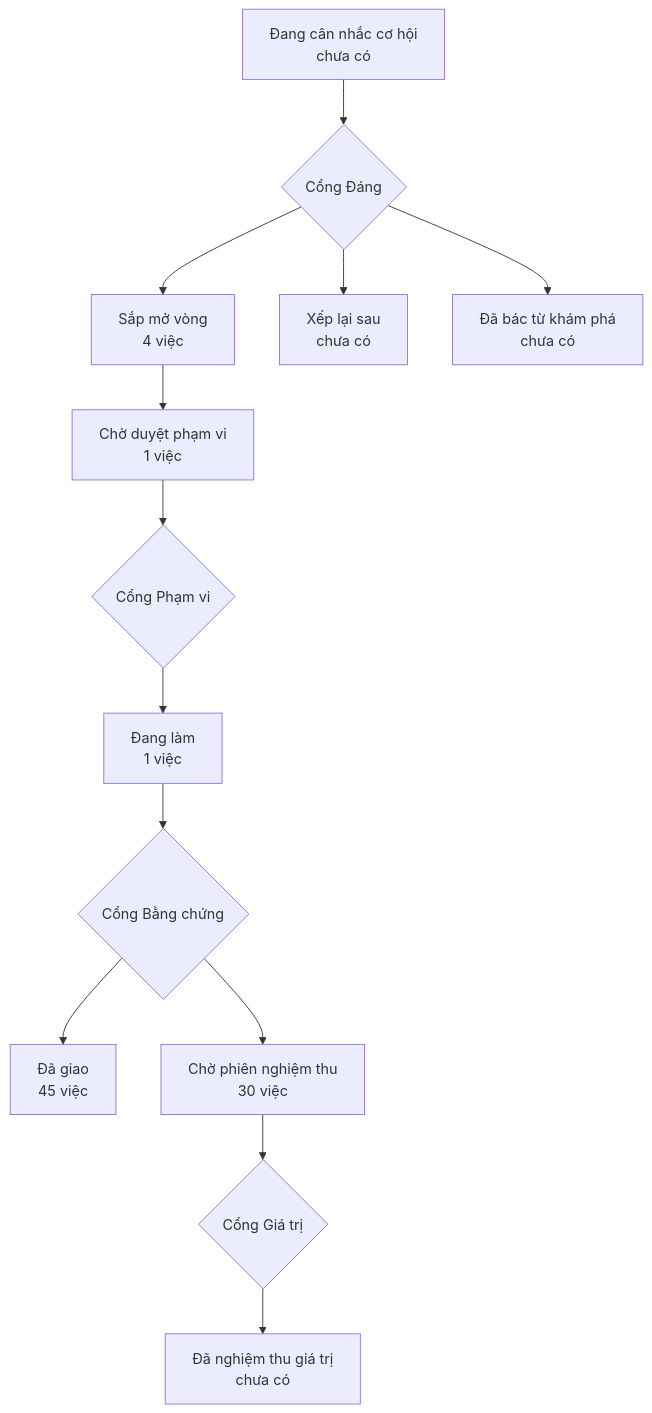
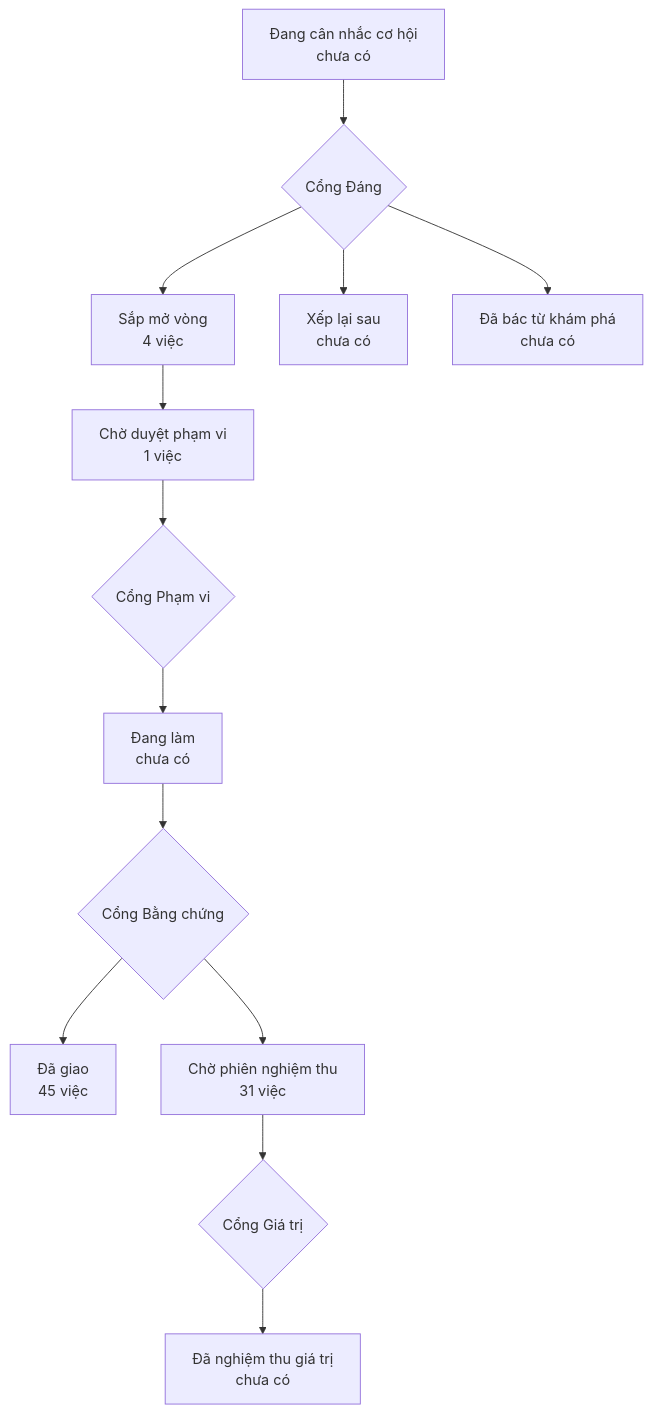
One commit to phanlemanh/onehub-invest changed the diagram in PRODUCT-MAP.md. Above: the diagram before and after it, drawn with Mermaid. The commit also changed other lines of this file and 4 other files, not shown here.

````diff
--- a/PRODUCT-MAP.md
+++ b/PRODUCT-MAP.md
@@ -7,12 +7,12 @@
 ```mermaid
 flowchart TD
   A["Đang cân nhắc cơ hội<br/>chưa có"] --> GD{"Cổng Đáng"}
   GD --> B["Sắp mở vòng<br/>4 việc"]
   GD --> XL["Xếp lại sau<br/>chưa có"]
   GD --> DB["Đã bác từ khám phá<br/>chưa có"]
   B --> CD["Chờ duyệt phạm vi<br/>1 việc"] --> GP{"Cổng Phạm vi"}
-  GP --> DL["Đang làm<br/>1 việc"] --> GB{"Cổng Bằng chứng"}
+  GP --> DL["Đang làm<br/>chưa có"] --> GB{"Cổng Bằng chứng"}
   GB --> DG["Đã giao<br/>45 việc"]
-  GB --> CN["Chờ phiên nghiệm thu<br/>30 việc"] --> GG{"Cổng Giá trị"}
+  GB --> CN["Chờ phiên nghiệm thu<br/>31 việc"] --> GG{"Cổng Giá trị"}
   GG --> NT["Đã nghiệm thu giá trị<br/>chưa có"]
 ```
````
